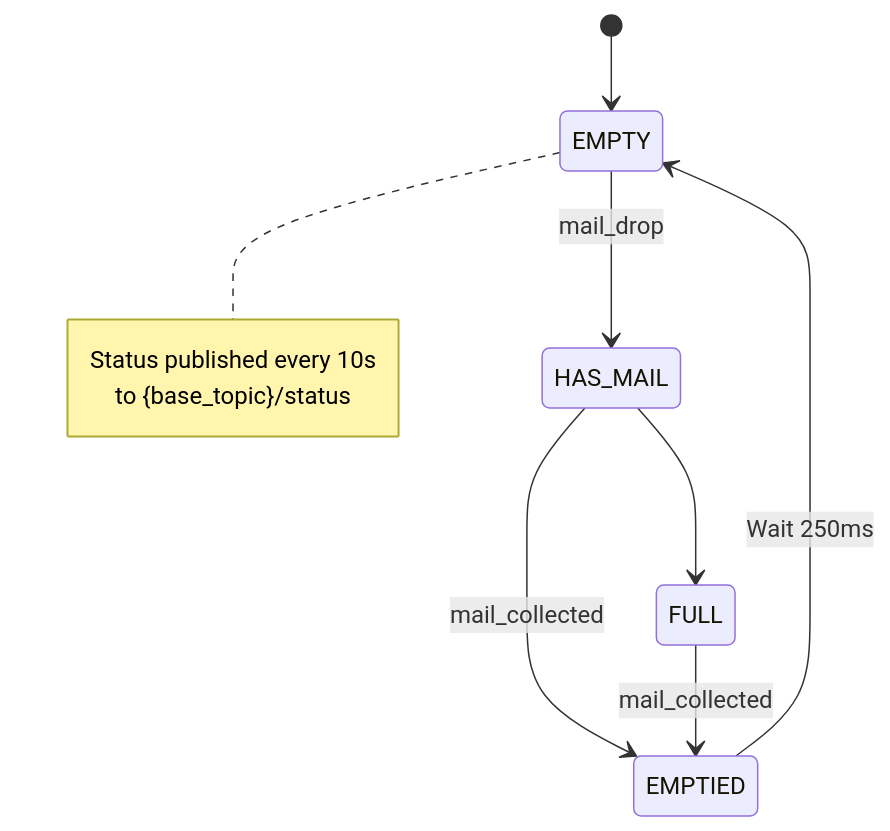
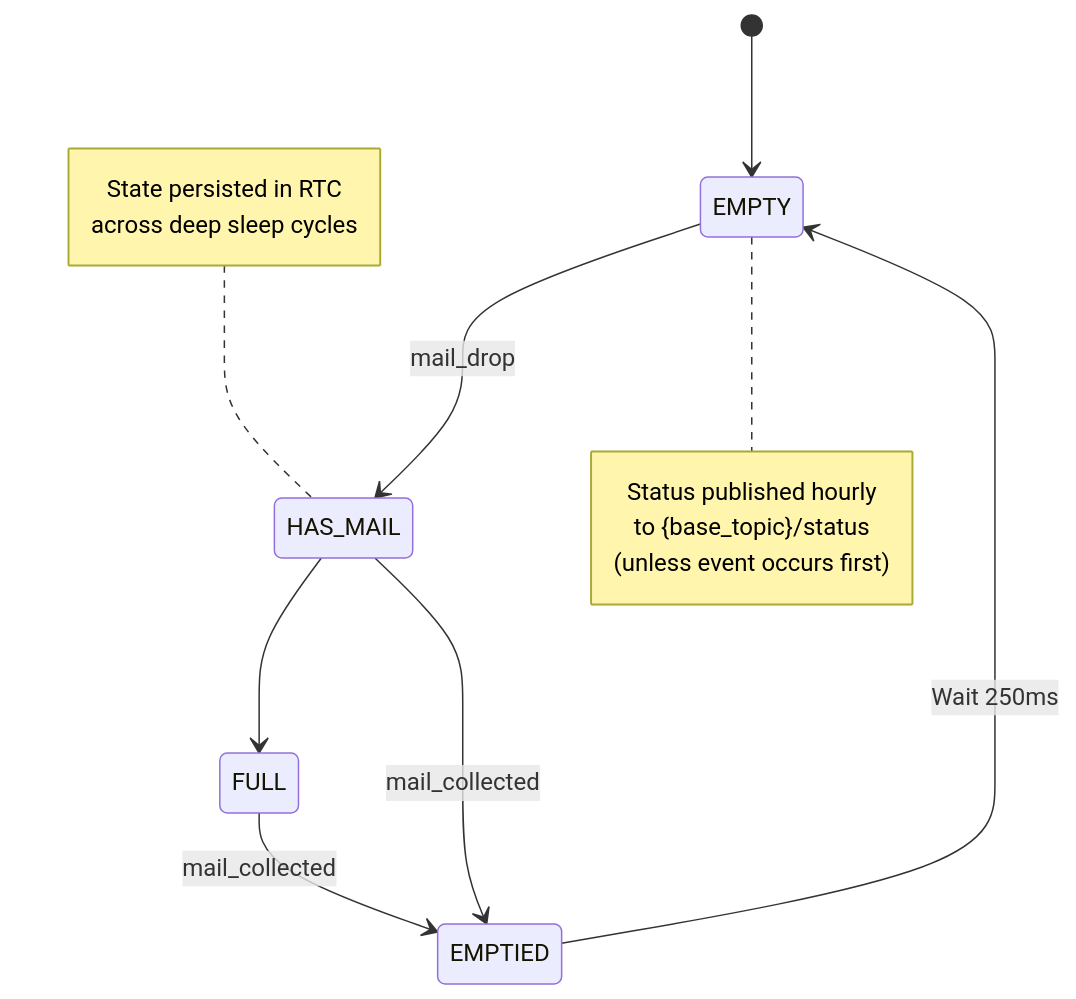
One commit to the-coding-carrot/IoT-Test changed the second of 2 diagrams in README.md. Above: the diagram before and after it, drawn with Mermaid. The commit also changed other lines of this file and 14 other files, not shown here.

Commit message:
Deep Sleep

````diff
--- a/README.md
+++ b/README.md
@@ -311,14 +398,20 @@
 ```mermaid
 stateDiagram-v2
     [*] --> EMPTY
     EMPTY --> HAS_MAIL: mail_drop
     HAS_MAIL --> FULL
     HAS_MAIL --> EMPTIED: mail_collected
     FULL --> EMPTIED: mail_collected
     EMPTIED --> EMPTY: Wait 250ms
 
     note right of EMPTY
-        Status published every 10s
+        Status published hourly
         to {base_topic}/status
+        (unless event occurs first)
+    end note
+
+    note left of HAS_MAIL
+        State persisted in RTC
+        across deep sleep cycles
     end note
 ```
````
